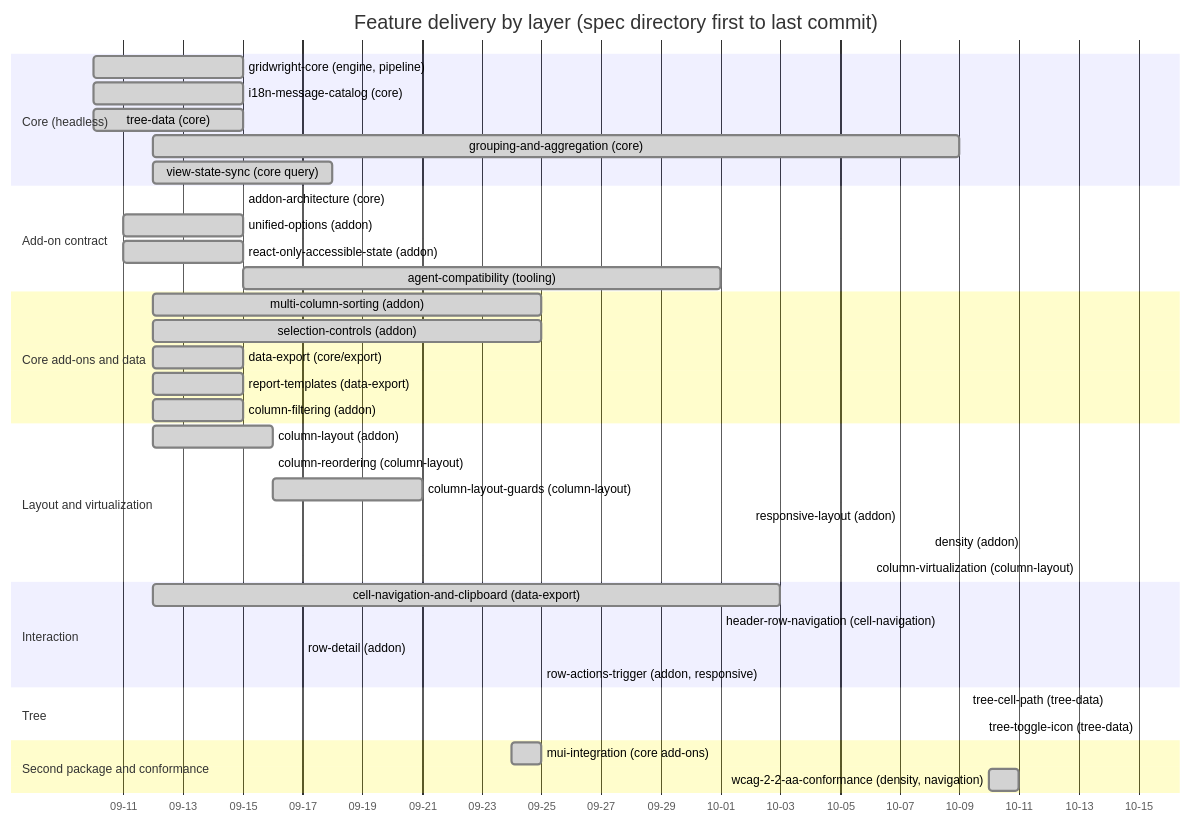
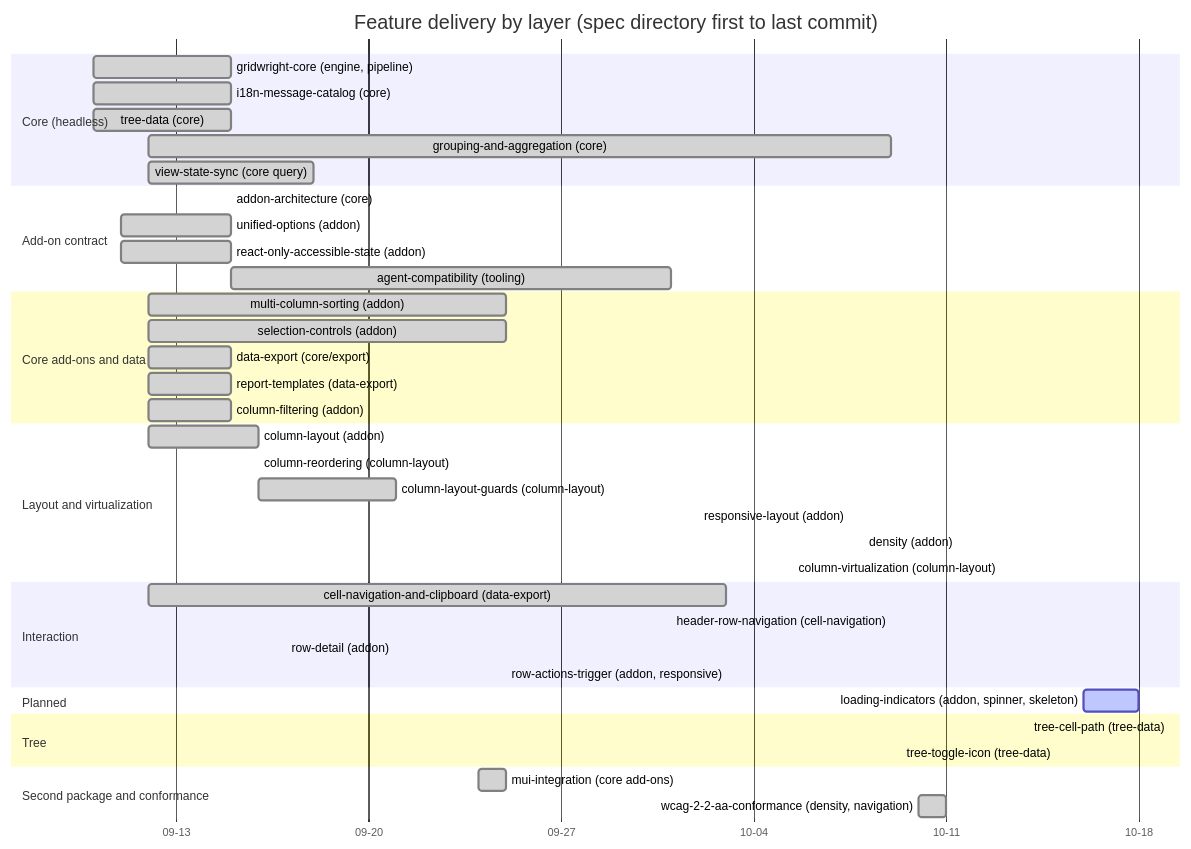
One commit to yaotzin1/apsw-gridwright changed the third of 3 diagrams in specs/DEPENDENCY_MAP.md. Above: the diagram before and after it, drawn with Mermaid. The commit also changed 4 other files, not shown here.

First line of the commit message:
chore(docs): specify loading indicators (spinners and skeleton) (#107)

````diff
--- a/specs/DEPENDENCY_MAP.md
+++ b/specs/DEPENDENCY_MAP.md
@@ -198,48 +198,51 @@
 ```mermaid
 gantt
     title Feature delivery by layer (spec directory first to last commit)
     dateFormat YYYY-MM-DD
     axisFormat %m-%d
 
     section Core (headless)
     gridwright-core (engine, pipeline)            :done, core, 2026-09-10, 2026-09-15
     i18n-message-catalog (core)                   :done, i18n, 2026-09-10, 2026-09-15
     tree-data (core)                              :done, tree, 2026-09-10, 2026-09-15
     grouping-and-aggregation (core)               :done, grp, 2026-09-12, 2026-10-09
     view-state-sync (core query)                  :done, vss, 2026-09-12, 2026-09-18
 
     section Add-on contract
     addon-architecture (core)                     :done, addon, 2026-09-15, 2026-09-15
     unified-options (addon)                       :done, uopt, 2026-09-11, 2026-09-15
     react-only-accessible-state (addon)           :done, a11y, 2026-09-11, 2026-09-15
     agent-compatibility (tooling)                 :done, agent, 2026-09-15, 2026-10-01
 
     section Core add-ons and data
     multi-column-sorting (addon)                  :done, sort, 2026-09-12, 2026-09-25
     selection-controls (addon)                    :done, sel, 2026-09-12, 2026-09-25
     data-export (core/export)                     :done, exp, 2026-09-12, 2026-09-15
     report-templates (data-export)                :done, rpt, 2026-09-12, 2026-09-15
     column-filtering (addon)                      :done, filt, 2026-09-12, 2026-09-15
 
     section Layout and virtualization
     column-layout (addon)                         :done, lay, 2026-09-12, 2026-09-16
     column-reordering (column-layout)             :done, reord, 2026-09-16, 2026-09-16
     column-layout-guards (column-layout)          :done, guard, 2026-09-16, 2026-09-21
     responsive-layout (addon)                     :done, resp, 2026-10-02, 2026-10-02
     density (addon)                               :done, dens, 2026-10-08, 2026-10-08
     column-virtualization (column-layout)         :done, cvirt, 2026-10-13, 2026-10-13
 
     section Interaction
     cell-navigation-and-clipboard (data-export)   :done, nav, 2026-09-12, 2026-10-03
     header-row-navigation (cell-navigation)       :done, hnav, 2026-10-01, 2026-10-01
     row-detail (addon)                            :done, detail, 2026-09-17, 2026-09-17
     row-actions-trigger (addon, responsive)       :done, ract, 2026-09-25, 2026-09-25
 
+    section Planned
+    loading-indicators (addon, spinner, skeleton)  :active, load, 2026-10-16, 2026-10-18
+
     section Tree
     tree-cell-path (tree-data)                    :done, tpath, 2026-10-14, 2026-10-14
     tree-toggle-icon (tree-data)                  :done, ticon, 2026-10-15, 2026-10-15
 
     section Second package and conformance
     mui-integration (core add-ons)                :done, mui, 2026-09-24, 2026-09-25
     wcag-2-2-aa-conformance (density, navigation) :done, wcag, 2026-10-10, 2026-10-11
 ```
````
